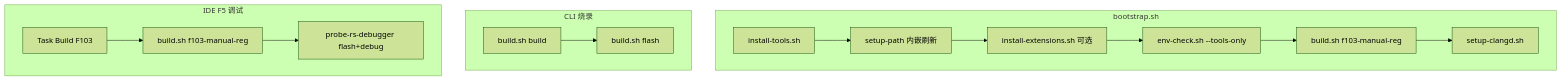
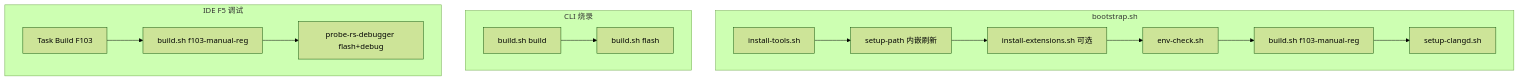
The diagram in doc/scripts-reference.md (xiaolitongxue666/embed-dev-lab), drawn with Mermaid (forest theme) before and after one commit. The commit also changed other lines of this file and 29 other files, not shown here.

````diff
--- a/doc/scripts-reference.md
+++ b/doc/scripts-reference.md
@@ -7,19 +9,19 @@
 ```mermaid
 flowchart TB
     subgraph bootstrap_flow [bootstrap.sh]
         B1[install-tools.sh] --> B2[setup-path 内嵌刷新]
         B2 --> B3[install-extensions.sh 可选]
-        B3 --> B4[env-check.sh --tools-only]
+        B3 --> B4[env-check.sh]
         B4 --> B5["build.sh f103-manual-reg"]
         B5 --> B6[setup-clangd.sh]
     end
 
     subgraph cli_flash [CLI 烧录]
         C1["build.sh build"] --> C2["build.sh flash"]
     end
 
     subgraph ide_flow [IDE F5 调试]
         I1[Task Build F103] --> I2[build.sh f103-manual-reg]
         I2 --> I3[probe-rs-debugger flash+debug]
     end
 ```
````
